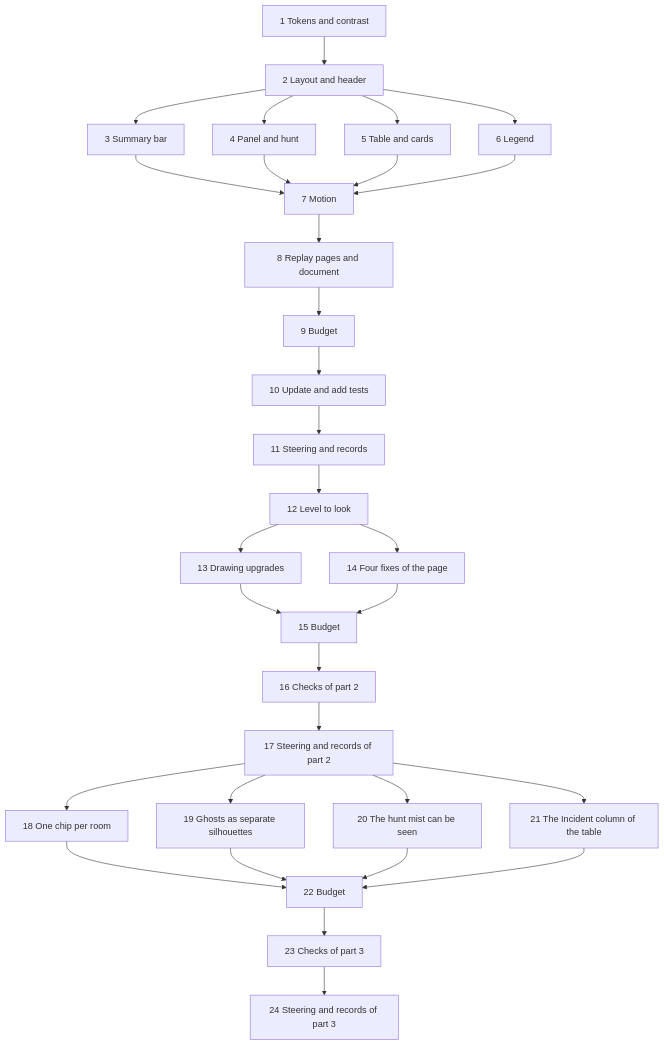
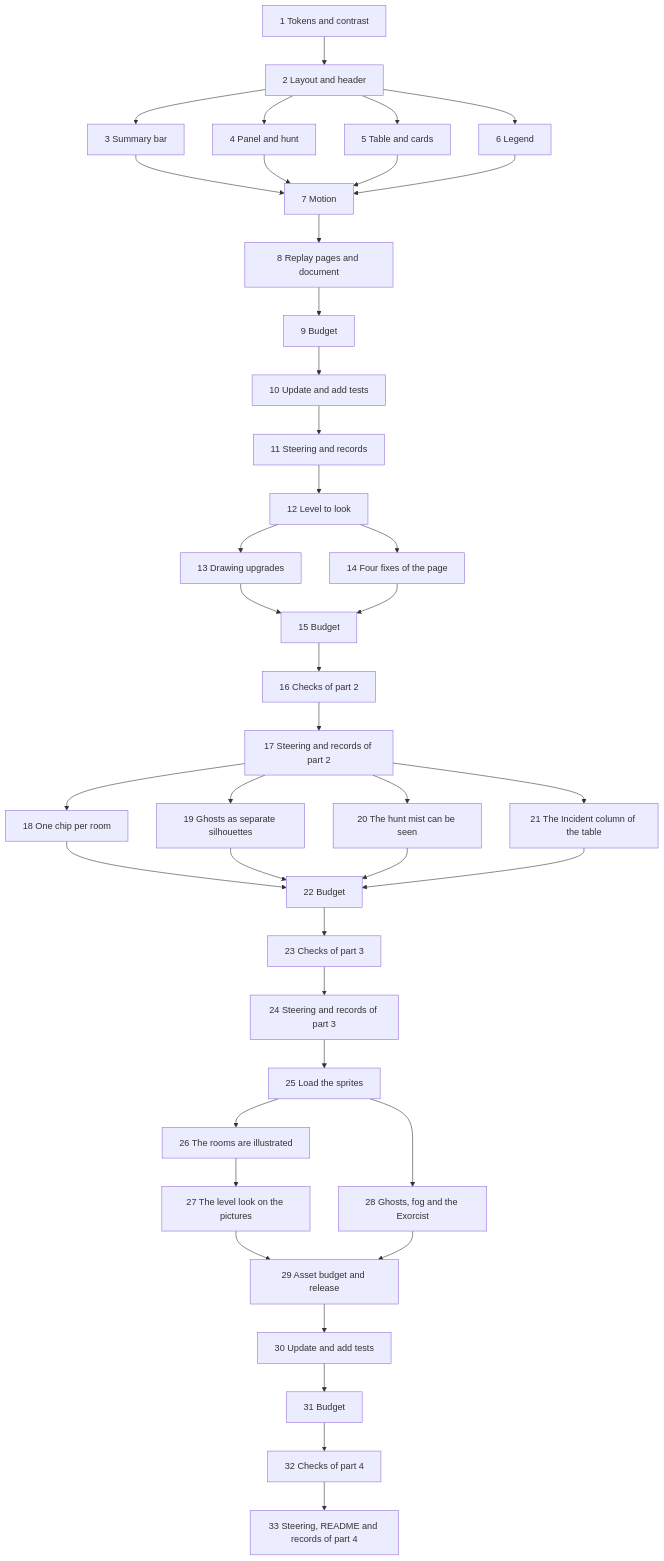
The diagram in .kiro/specs/visual-refresh/tasks.md (Akar-Samudra-Artifisial/Haunted-Ops), drawn with Mermaid before and after one commit. The commit also changed other lines of this file and 31 other files, not shown here.

First line of the commit message:
feat(web): illustrated sprites for rooms, ghosts, fog and the Exorcist

````diff
--- a/.kiro/specs/visual-refresh/tasks.md
+++ b/.kiro/specs/visual-refresh/tasks.md
@@ -176,33 +216,43 @@
 ```mermaid
 graph TD
   T1[1 Tokens and contrast] --> T2[2 Layout and header]
   T2 --> T3[3 Summary bar]
   T2 --> T4[4 Panel and hunt]
   T2 --> T5[5 Table and cards]
   T2 --> T6[6 Legend]
   T3 --> T7[7 Motion]
   T4 --> T7
   T5 --> T7
   T6 --> T7
   T7 --> T8[8 Replay pages and document]
   T8 --> T9[9 Budget]
   T9 --> T10[10 Update and add tests]
   T10 --> T11[11 Steering and records]
   T11 --> T12[12 Level to look]
   T12 --> T13[13 Drawing upgrades]
   T12 --> T14[14 Four fixes of the page]
   T13 --> T15[15 Budget]
   T14 --> T15
   T15 --> T16[16 Checks of part 2]
   T16 --> T17[17 Steering and records of part 2]
   T17 --> T18[18 One chip per room]
   T17 --> T19[19 Ghosts as separate silhouettes]
   T17 --> T20[20 The hunt mist can be seen]
   T17 --> T21[21 The Incident column of the table]
   T18 --> T22[22 Budget]
   T19 --> T22
   T20 --> T22
   T21 --> T22
   T22 --> T23[23 Checks of part 3]
   T23 --> T24[24 Steering and records of part 3]
+  T24 --> T25[25 Load the sprites]
+  T25 --> T26[26 The rooms are illustrated]
+  T25 --> T28[28 Ghosts, fog and the Exorcist]
+  T26 --> T27[27 The level look on the pictures]
+  T27 --> T29[29 Asset budget and release]
+  T28 --> T29
+  T29 --> T30[30 Update and add tests]
+  T30 --> T31[31 Budget]
+  T31 --> T32[32 Checks of part 4]
+  T32 --> T33[33 Steering, README and records of part 4]
 ```
````
